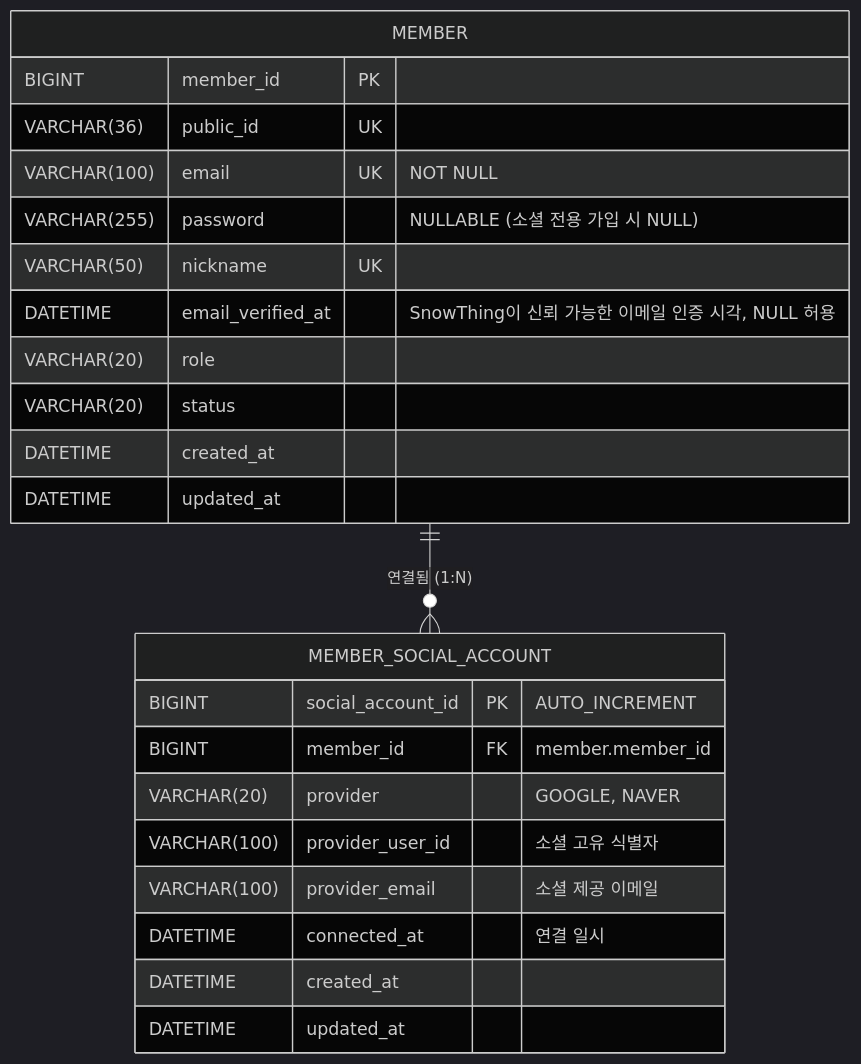
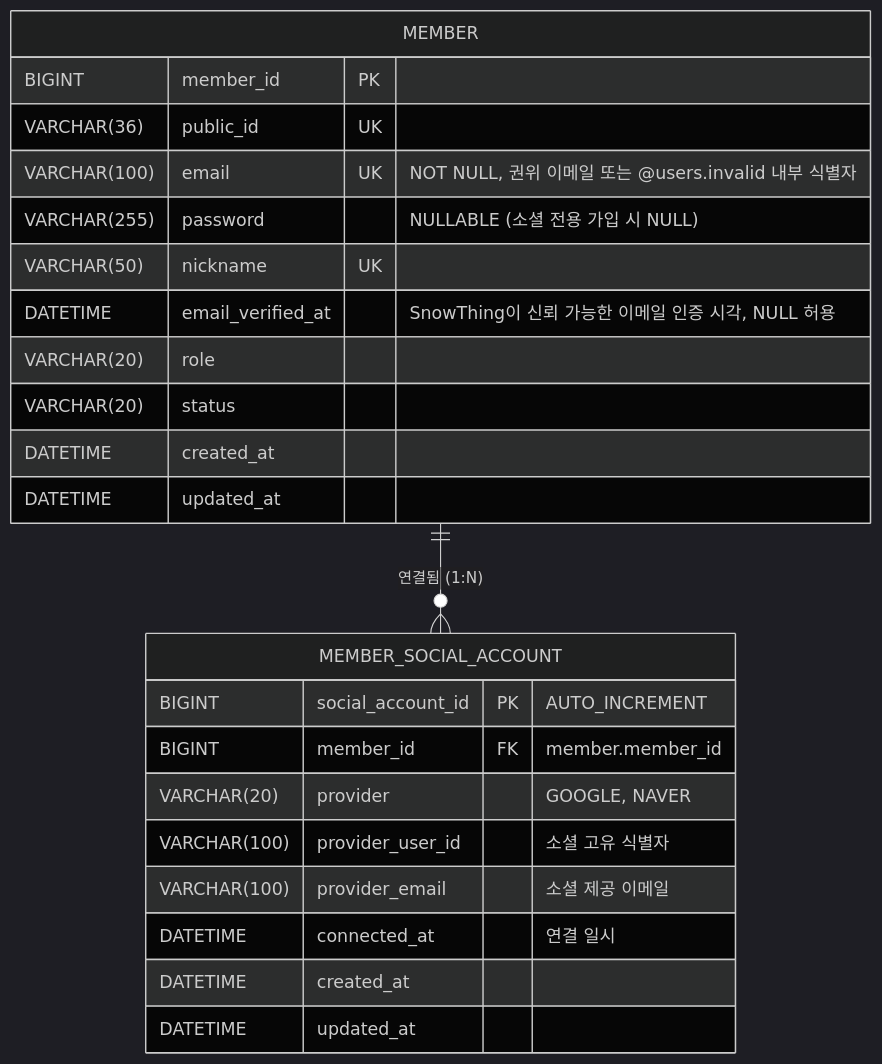
Before and after one commit to devikae/snowthing: the diagram in docs/conception/008_social_login/03_erd.md, drawn with Mermaid (dark theme). The commit also changed other lines of this file and 10 other files, not shown here.

````diff
--- a/docs/conception/008_social_login/03_erd.md
+++ b/docs/conception/008_social_login/03_erd.md
@@ -5,28 +5,28 @@
 ```mermaid
 erDiagram
     MEMBER ||--o{ MEMBER_SOCIAL_ACCOUNT : "연결됨 (1:N)"
 
     MEMBER {
         BIGINT member_id PK
         VARCHAR(36) public_id UK
-        VARCHAR(100) email UK "NOT NULL"
+        VARCHAR(100) email UK "NOT NULL, 권위 이메일 또는 @users.invalid 내부 식별자"
         VARCHAR(255) password "NULLABLE (소셜 전용 가입 시 NULL)"
         VARCHAR(50) nickname UK
         DATETIME email_verified_at "SnowThing이 신뢰 가능한 이메일 인증 시각, NULL 허용"
         VARCHAR(20) role
         VARCHAR(20) status
         DATETIME created_at
         DATETIME updated_at
     }
 
     MEMBER_SOCIAL_ACCOUNT {
         BIGINT social_account_id PK "AUTO_INCREMENT"
         BIGINT member_id FK "member.member_id"
         VARCHAR(20) provider "GOOGLE, NAVER"
         VARCHAR(100) provider_user_id "소셜 고유 식별자"
         VARCHAR(100) provider_email "소셜 제공 이메일"
         DATETIME connected_at "연결 일시"
         DATETIME created_at
         DATETIME updated_at
     }
 ```
````
